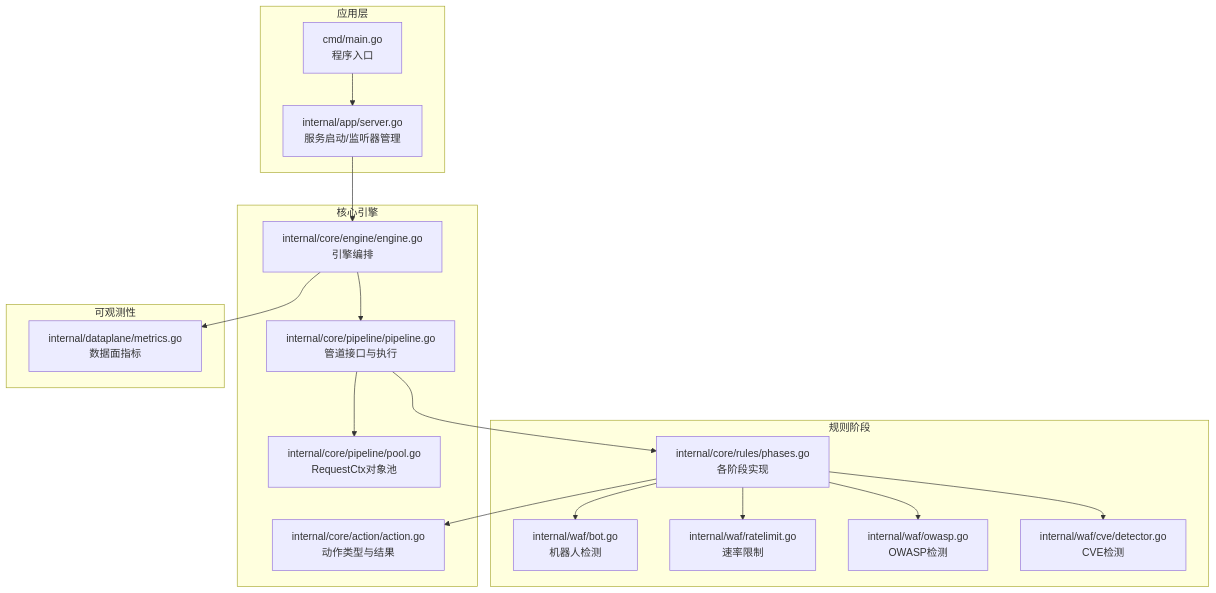
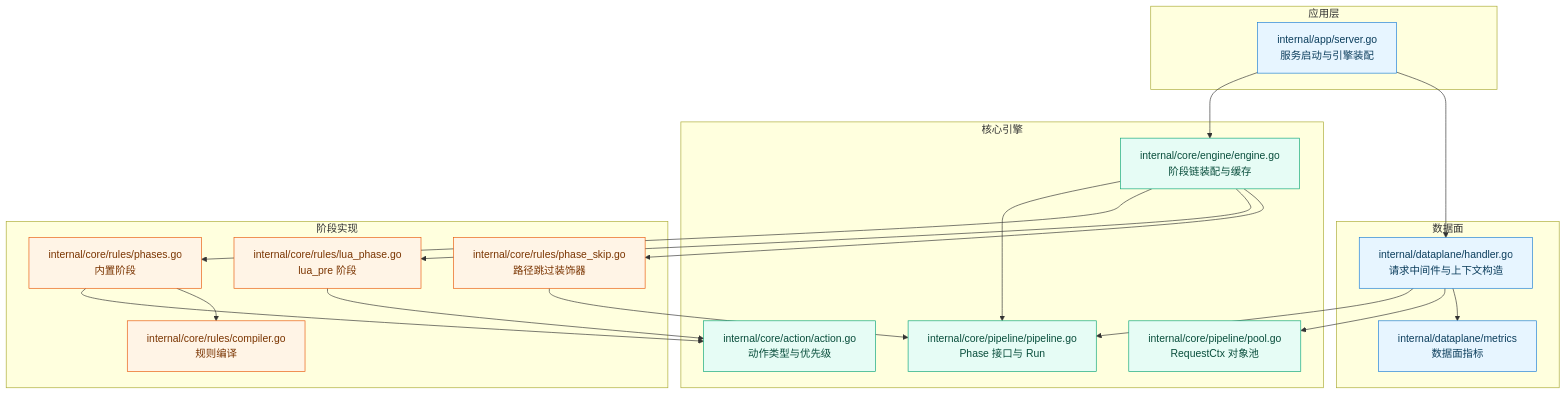
One commit to x01n/My-OpenWaf changed the first of 9 diagrams in docs/WAF 引擎系统/引擎核心架构/管道执行机制.md. Above: the diagram before and after it, drawn with Mermaid. The commit also changed other lines of this file and 622 other files, not shown here.

````diff
--- a/docs/WAF 引擎系统/引擎核心架构/管道执行机制.md
+++ b/docs/WAF 引擎系统/引擎核心架构/管道执行机制.md
@@ -39,34 +53,41 @@
 ```mermaid
 graph TB
 subgraph "应用层"
-MAIN["cmd/main.go<br/>程序入口"]
-APP["internal/app/server.go<br/>服务启动/监听器管理"]
+APP["internal/app/server.go<br/>服务启动与引擎装配"]
+end
+subgraph "数据面"
+DP["internal/dataplane/handler.go<br/>请求中间件与上下文构造"]
+DPM["internal/dataplane/metrics<br/>数据面指标"]
 end
 subgraph "核心引擎"
-ENGINE["internal/core/engine/engine.go<br/>引擎编排"]
-PIPE["internal/core/pipeline/pipeline.go<br/>管道接口与执行"]
-POOL["internal/core/pipeline/pool.go<br/>RequestCtx对象池"]
-ACTION["internal/core/action/action.go<br/>动作类型与结果"]
+ENGINE["internal/core/engine/engine.go<br/>阶段链装配与缓存"]
+PIPE["internal/core/pipeline/pipeline.go<br/>Phase 接口与 Run"]
+POOL["internal/core/pipeline/pool.go<br/>RequestCtx 对象池"]
+ACTION["internal/core/action/action.go<br/>动作类型与优先级"]
 end
-subgraph "规则阶段"
-PHASES["internal/core/rules/phases.go<br/>各阶段实现"]
-BOT["internal/waf/bot.go<br/>机器人检测"]
-RL["internal/waf/ratelimit.go<br/>速率限制"]
-OWASP["internal/waf/owasp.go<br/>OWASP检测"]
-CVE["internal/waf/cve/detector.go<br/>CVE检测"]
+subgraph "阶段实现"
+PHASES["internal/core/rules/phases.go<br/>内置阶段"]
+LUAPH["internal/core/rules/lua_phase.go<br/>lua_pre 阶段"]
+SKIP["internal/core/rules/phase_skip.go<br/>路径跳过装饰器"]
+COMPILER["internal/core/rules/compiler.go<br/>规则编译"]
 end
-subgraph "可观测性"
-DPM["internal/dataplane/metrics.go<br/>数据面指标"]
-end
-MAIN --> APP
 APP --> ENGINE
+APP --> DP
+DP --> PIPE
+DP --> POOL
+DP --> DPM
 ENGINE --> PIPE
-PIPE --> PHASES
+ENGINE --> PHASES
+ENGINE --> LUAPH
+ENGINE --> SKIP
 PHASES --> ACTION
-PHASES --> BOT
-PHASES --> RL
-PHASES --> OWASP
-PHASES --> CVE
-PIPE --> POOL
-ENGINE --> DPM
+LUAPH --> ACTION
+SKIP --> PIPE
+PHASES --> COMPILER
+classDef app fill:#e7f5ff,stroke:#1c7ed6,color:#0b3d5c
+classDef core fill:#e6fcf5,stroke:#0ca678,color:#084d3b
+classDef stage fill:#fff4e6,stroke:#e8590c,color:#7a3400
+class APP,DP,DPM app
+class ENGINE,PIPE,POOL,ACTION core
+class PHASES,LUAPH,SKIP,COMPILER stage
 ```
````
